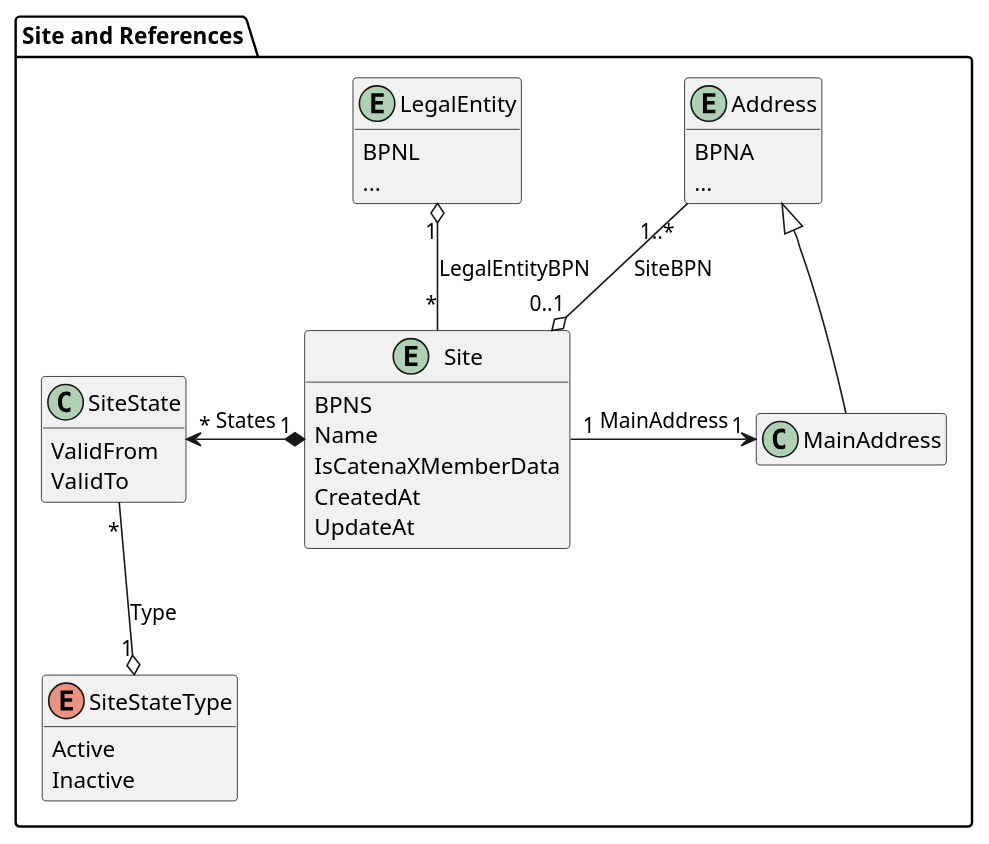
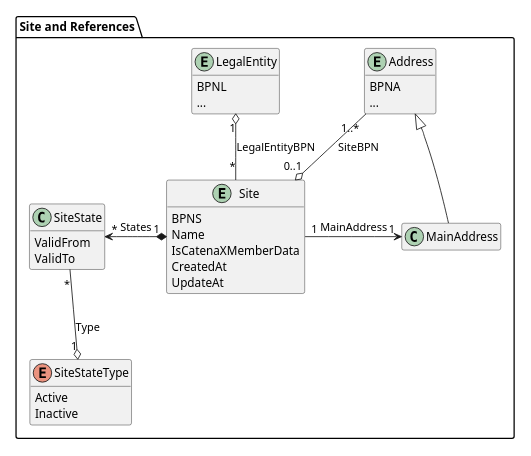
One commit to catenax-eV/catenax-ev.github.io changed the diagram in docs/standards/CX-0012-BusinessPartnerDataPoolAPI/assets/diagrams/class/site.puml. Above: the diagram before and after it, drawn with PlantUML. The commit also changed 112 other files, not shown here.

```diff
--- a/docs/standards/CX-0012-BusinessPartnerDataPoolAPI/assets/diagrams/class/site.puml
+++ b/docs/standards/CX-0012-BusinessPartnerDataPoolAPI/assets/diagrams/class/site.puml
@@ -1,77 +1,79 @@
 @startuml site
+
+skinparam dpi 50
 
 package "Site and References" {
   entity LegalEntity {
     BPNL
     ...
   }
   
   entity Site {
     BPNS
     Name
     IsCatenaXMemberData
     CreatedAt
     UpdateAt
   }
 
   entity Address {
       BPNA
       ...
   }
 
   class SiteState {
     ValidFrom
     ValidTo
   }
 
   enum SiteStateType{
       Active
       Inactive
     }
 
   class MainAddress {}
 
   ' not standardized yet
   ' class ConfidenceCriteria {
   '   SharedByOwner
   '   CheckedByExternalSource
   '   NumberOfSharingMembers
   '   LastConfidenceCheckAt
   '   NextConfidenceCheckAt
   '   ConfidenceLevel
   ' }
 
   ' not implemented / standardized yet
   ' class SiteScriptVariant {
   '   Name
   ' }
 
   ' enum ScriptCode {
   '   Arab
   '   Cyrl
   '   Hans
   '   Jpan
   '   Latn
   '   ...
   ' }
 
   Site "*" -u-o "1" LegalEntity : LegalEntityBPN
   Address "1..*" -d-o "0..1" Site: SiteBPN
   
   Site "1" *-l-> "*" SiteState : States
   SiteState "*" -d-o "1" SiteStateType : Type
   
   Site "1" -r-> "1" MainAddress : MainAddress    
   MainAddress -u-|> Address
 
   ' not standardized yet
   ' Site "1" -u-> "1" ConfidenceCriteria : ConfidenceCriteria
 
   ' not implemented / standardized yet
   ' Site "1" *--> "*" SiteScriptVariant : ScriptVariants
   ' SiteScriptVariant "*" --o "1" ScriptCode : ScriptCode
 }
 
 hide methods
 hide MainAddress members
 @enduml
```
